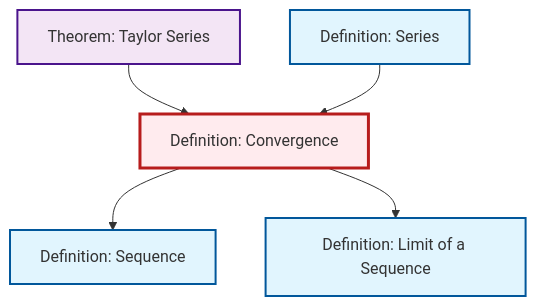
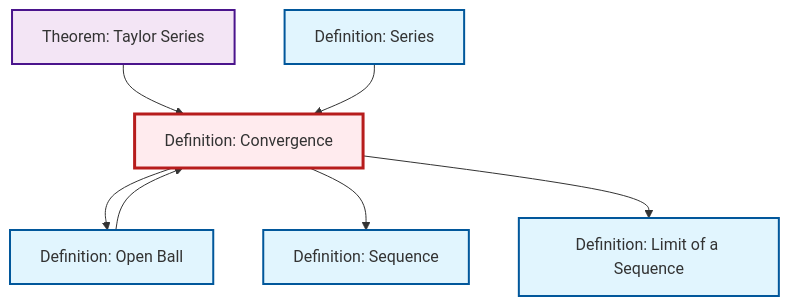
One commit to RK0429/ModernMath changed the diagram in content/en/analysis/def-convergence.qmd. Above: the diagram before and after it, drawn with Mermaid. The commit also changed 1069 other files, not shown here.

````diff
--- a/content/en/analysis/def-convergence.qmd
+++ b/content/en/analysis/def-convergence.qmd
@@ -82,23 +82,27 @@
 ```{mermaid}
 %%| fig-cap: "Local dependency graph"
 graph TD
     classDef definition fill:#e1f5fe,stroke:#01579b,stroke-width:2px
     classDef theorem fill:#f3e5f5,stroke:#4a148c,stroke-width:2px
     classDef axiom fill:#fff3e0,stroke:#e65100,stroke-width:2px
     classDef example fill:#e8f5e9,stroke:#1b5e20,stroke-width:2px
     classDef current fill:#ffebee,stroke:#b71c1c,stroke-width:3px
+    def-limit["Definition: Limit of a Sequence"]:::definition
+    def-series["Definition: Series"]:::definition
+    def-sequence["Definition: Sequence"]:::definition
     def-convergence["Definition: Convergence"]:::definition
-    def-series["Definition: Series"]:::definition
+    def-open-ball["Definition: Open Ball"]:::definition
     thm-taylor-series["Theorem: Taylor Series"]:::theorem
-    def-limit["Definition: Limit of a Sequence"]:::definition
-    def-sequence["Definition: Sequence"]:::definition
+    thm-taylor-series --> def-convergence
+    def-open-ball --> def-convergence
+    def-convergence --> def-open-ball
+    def-series --> def-convergence
     def-convergence --> def-sequence
-    thm-taylor-series --> def-convergence
     def-convergence --> def-limit
-    def-series --> def-convergence
     class def-convergence current
+    click def-limit "def-limit.html" "Go to Limit of a Sequence definition"
     click def-series "def-series.html" "Go to Series definition"
+    click def-sequence "def-sequence.html" "Go to Sequence definition"
+    click def-open-ball "def-open-ball.html" "Go to Open Ball definition"
     click thm-taylor-series "thm-taylor-series.html" "Go to Taylor Series theorem"
-    click def-limit "def-limit.html" "Go to Limit of a Sequence definition"
-    click def-sequence "def-sequence.html" "Go to Sequence definition"
 ```
````
